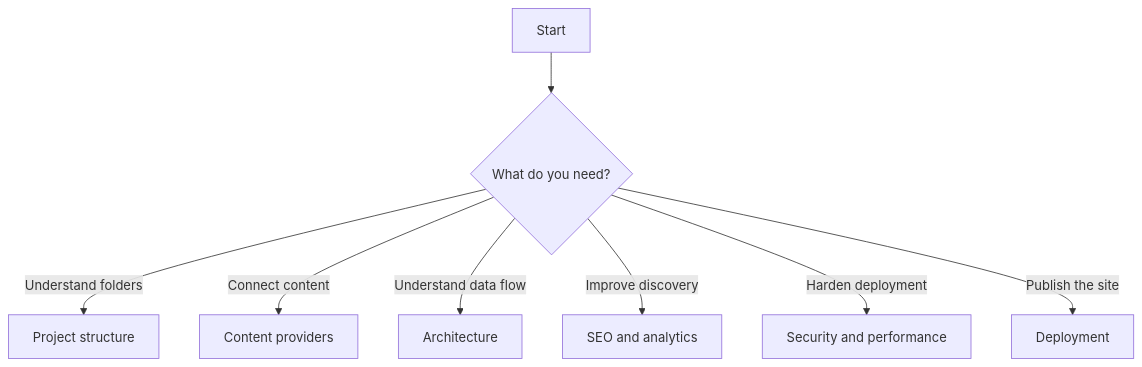
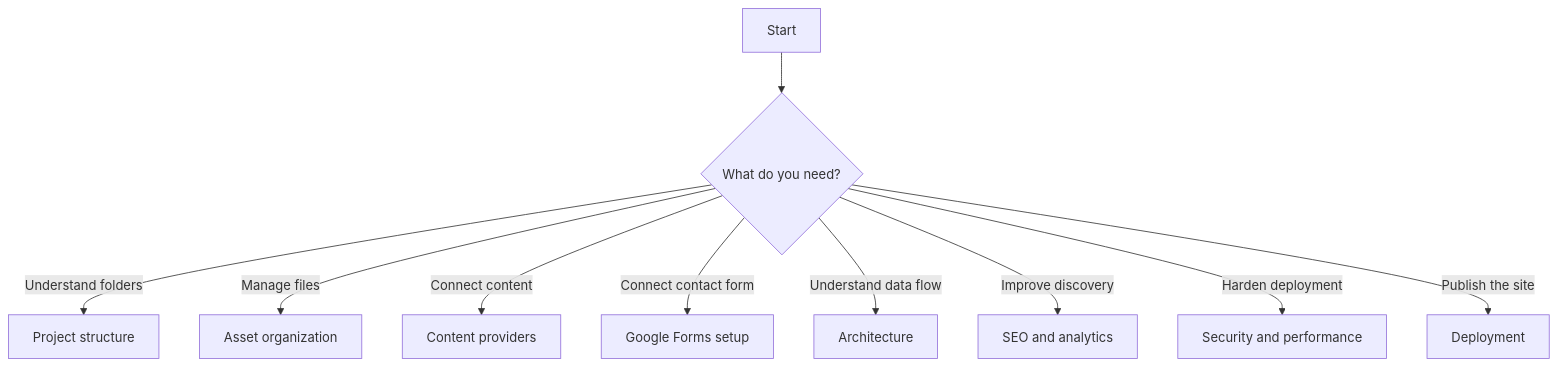
The first of 2 diagrams in docs/README.md (SidheshwarSarangal/portfoionew), drawn with Mermaid before and after one commit. The commit also changed other lines of this file and 89 other files, not shown here.

````diff
--- a/docs/README.md
+++ b/docs/README.md
@@ -3,10 +3,12 @@
 ```mermaid
 flowchart TD
   A[Start] --> B{What do you need?}
   B -->|Understand folders| C[Project structure]
+  B -->|Manage files| Assets[Asset organization]
   B -->|Connect content| D[Content providers]
+  B -->|Connect contact form| Forms[Google Forms setup]
   B -->|Understand data flow| E[Architecture]
   B -->|Improve discovery| F[SEO and analytics]
   B -->|Harden deployment| G[Security and performance]
   B -->|Publish the site| H[Deployment]
 ```
````
